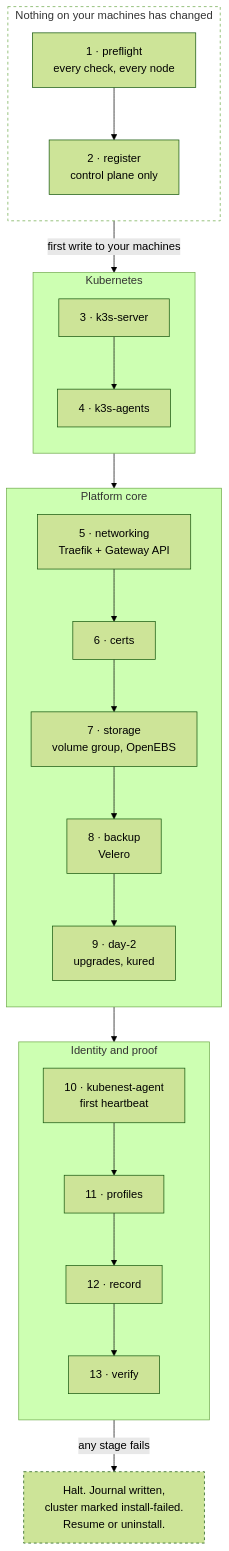
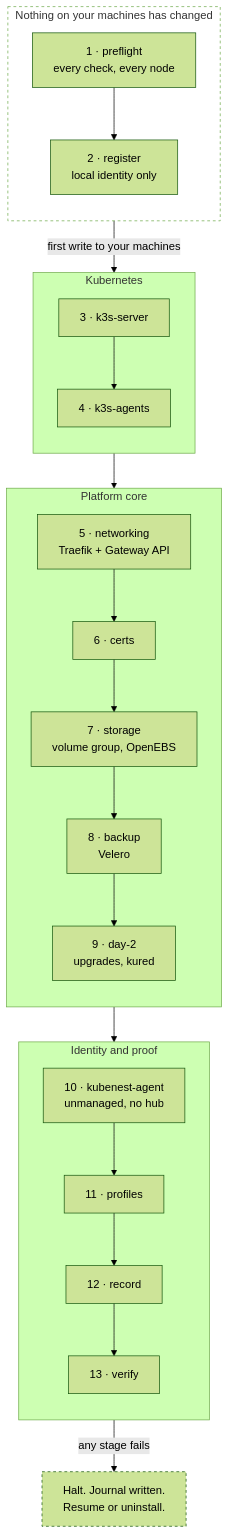
One commit to kubenesthq/docs changed the diagram in content/install.mdx. Above: the diagram before and after it, drawn with Mermaid (forest theme). The commit also changed other lines of this file and 1 other file, not shown here.

Commit message:
docs(kn-lo1k): document standalone platform install

````diff
--- a/content/install.mdx
+++ b/content/install.mdx
@@ -317,36 +298,36 @@
 ```mermaid
 flowchart TD
     subgraph safe ["Nothing on your machines has changed"]
         direction TB
         S1["1 · preflight<br/>every check, every node"]
-        S2["2 · register<br/>control plane only"]
+        S2["2 · register<br/>local identity only"]
         S1 --> S2
     end
 
     subgraph k8s ["Kubernetes"]
         direction TB
         S3["3 · k3s-server"] --> S4["4 · k3s-agents"]
     end
 
     subgraph core ["Platform core"]
         direction TB
         S5["5 · networking<br/>Traefik + Gateway API"] --> S6["6 · certs"]
         S6 --> S7["7 · storage<br/>volume group, OpenEBS"]
         S7 --> S8["8 · backup<br/>Velero"] --> S9["9 · day-2<br/>upgrades, kured"]
     end
 
     subgraph fin ["Identity and proof"]
         direction TB
-        S10["10 · kubenest-agent<br/>first heartbeat"] --> S11["11 · profiles"]
+        S10["10 · kubenest-agent<br/>unmanaged, no hub"] --> S11["11 · profiles"]
         S11 --> S12["12 · record"] --> S13["13 · verify"]
     end
 
     S2 -- "first write to your machines" --> S3
     S4 --> S5
     S9 --> S10
 
-    S13 -- "any stage fails" --> STOP["Halt. Journal written,<br/>cluster marked install-failed.<br/>Resume or uninstall."]
+    S13 -- "any stage fails" --> STOP["Halt. Journal written.<br/>Resume or uninstall."]
 
     style safe fill:transparent,stroke-dasharray: 4 4
     style STOP stroke-dasharray: 4 4
 ```
````
